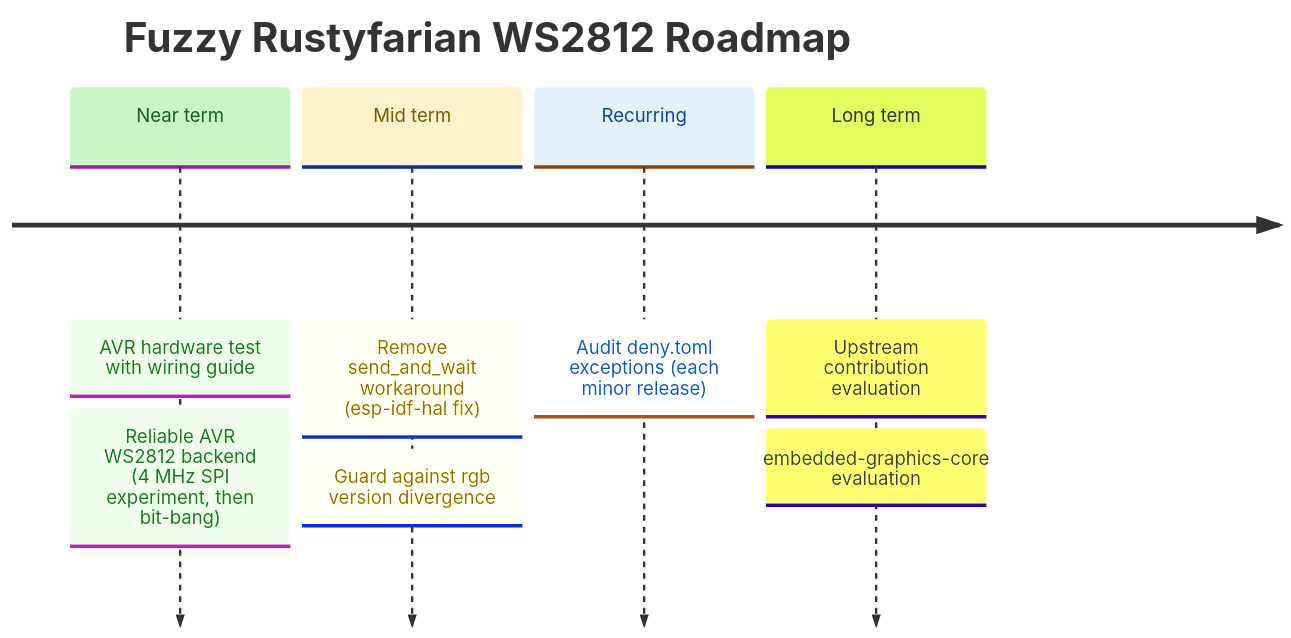
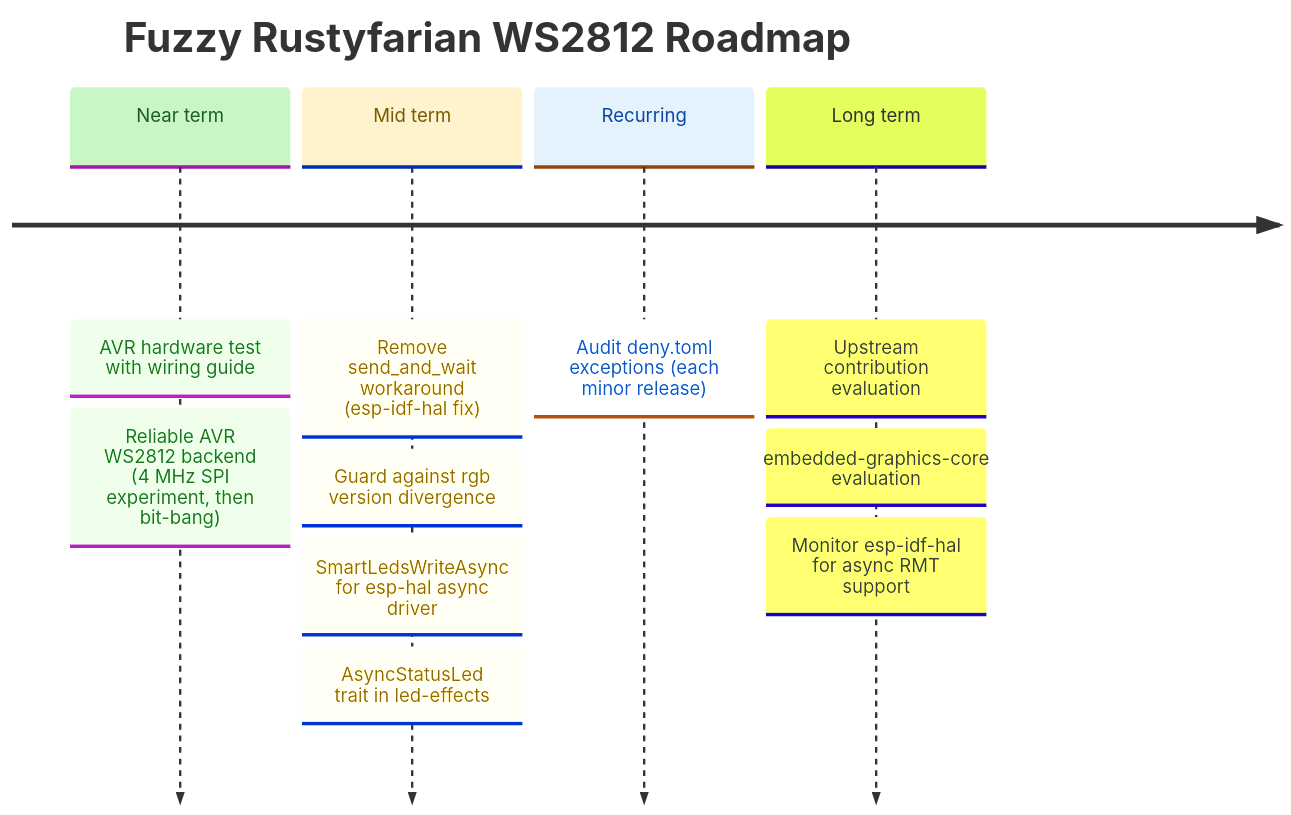
Before and after one commit to datenkollektiv/rustyfarian-ws2812: the diagram in docs/ROADMAP.md, drawn with Mermaid. The commit also changed other lines of this file and 1 other file, not shown here.

Commit message:
Update roadmap with async integration plans for LED drivers

````diff
--- a/docs/ROADMAP.md
+++ b/docs/ROADMAP.md
@@ -10,27 +10,30 @@
 ```mermaid
 %%{init: {
   "theme": "base",
   "themeVariables": {
     "cScale0": "#c8f7c5",
     "cScaleLabel0": "#1b5e20",
     "cScale1": "#fff3cd",
     "cScaleLabel1": "#7a5a00",
     "cScale2": "#e3f2fd",
     "cScaleLabel2": "#0d47a1"
   }
 }}%%
 
 timeline
     title Fuzzy Rustyfarian WS2812 Roadmap
 
     Near term : AVR hardware test with wiring guide
               : Reliable AVR WS2812 backend (4 MHz SPI experiment, then bit-bang)
 
     Mid term  : Remove send_and_wait workaround (esp-idf-hal fix)
               : Guard against rgb version divergence
+              : SmartLedsWriteAsync for esp-hal async driver
+              : AsyncStatusLed trait in led-effects
 
     Recurring : Audit deny.toml exceptions (each minor release)
 
     Long term : Upstream contribution evaluation
               : embedded-graphics-core evaluation
+              : Monitor esp-idf-hal for async RMT support
 ```
````
